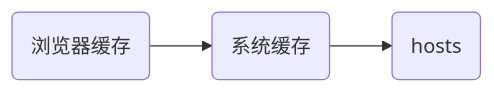
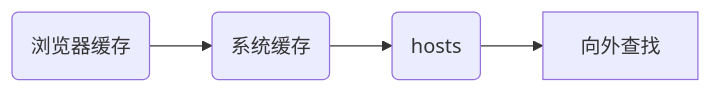
The diagram in docs/51-network/01-protocol/02-dns.md (esmyy/esmyy.github.io), drawn with Mermaid before and after one commit. The commit also changed other lines of this file and 29 other files, not shown here.

````diff
--- a/docs/51-network/01-protocol/02-dns.md
+++ b/docs/51-network/01-protocol/02-dns.md
@@ -7,4 +7,4 @@
 ```mermaid
   flowchart LR
-  A(浏览器缓存) --> B(系统缓存) --> hosts(hosts)
+  A(浏览器缓存) --> B(系统缓存) --> hosts(hosts) --> 向外查找
 ```
````
